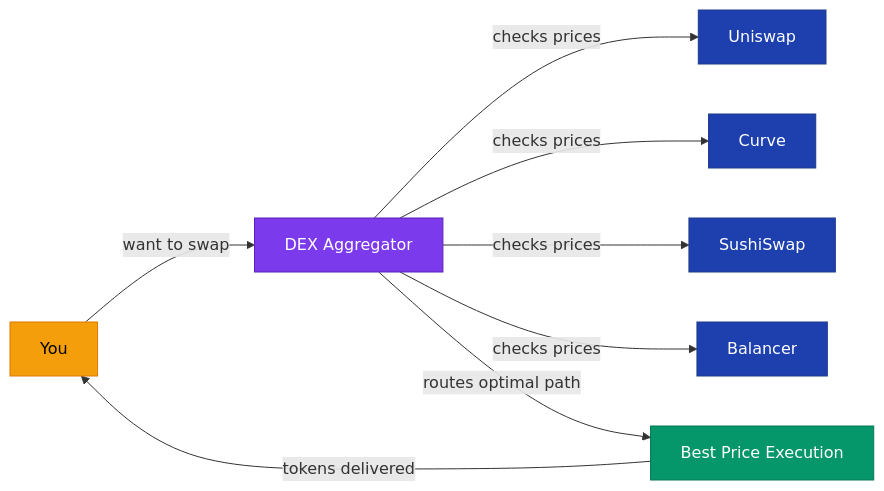
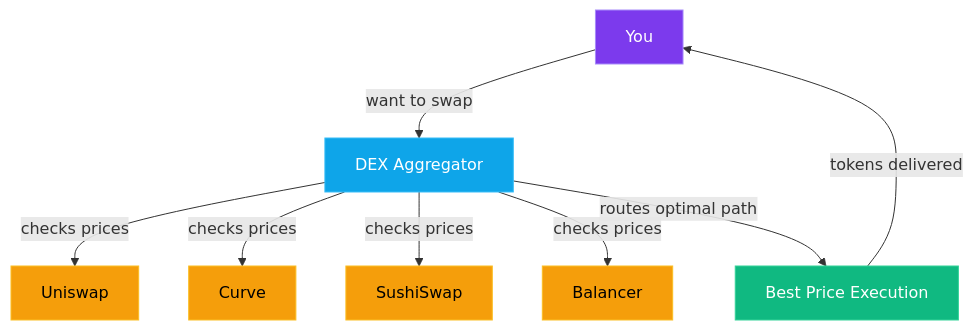
The diagram in content/blog/crypto-unlocked-15-trading-tools.mdx (jestersimpps/cv), drawn with Mermaid before and after one commit. The commit also changed 12 other files, not shown here.

Commit message:
fix(blog): convert all mermaid diagrams to vertical (TD) for mobile readability, dark theme component

````diff
--- a/content/blog/crypto-unlocked-15-trading-tools.mdx
+++ b/content/blog/crypto-unlocked-15-trading-tools.mdx
@@ -33,18 +33,18 @@
 ```mermaid
-graph LR
+graph TD
     U[You] -->|want to swap| AGG[DEX Aggregator]
     AGG -->|checks prices| UNI[Uniswap]
     AGG -->|checks prices| CURVE[Curve]
     AGG -->|checks prices| SUSHI[SushiSwap]
     AGG -->|checks prices| BAL[Balancer]
     AGG -->|routes optimal path| BEST[Best Price Execution]
     BEST -->|tokens delivered| U
 
-    style U fill:#f59e0b,stroke:#d97706,color:#000
-    style AGG fill:#7c3aed,stroke:#5b21b6,color:#fff
-    style UNI fill:#1e40af,stroke:#1e3a8a,color:#fff
-    style CURVE fill:#1e40af,stroke:#1e3a8a,color:#fff
-    style SUSHI fill:#1e40af,stroke:#1e3a8a,color:#fff
-    style BAL fill:#1e40af,stroke:#1e3a8a,color:#fff
-    style BEST fill:#059669,stroke:#047857,color:#fff
+    style U fill:#7c3aed,stroke:#a78bfa,color:#fff
+    style AGG fill:#0ea5e9,stroke:#38bdf8,color:#fff
+    style UNI fill:#f59e0b,stroke:#fbbf24,color:#000
+    style CURVE fill:#f59e0b,stroke:#fbbf24,color:#000
+    style SUSHI fill:#f59e0b,stroke:#fbbf24,color:#000
+    style BAL fill:#f59e0b,stroke:#fbbf24,color:#000
+    style BEST fill:#10b981,stroke:#34d399,color:#fff
 ```
````
